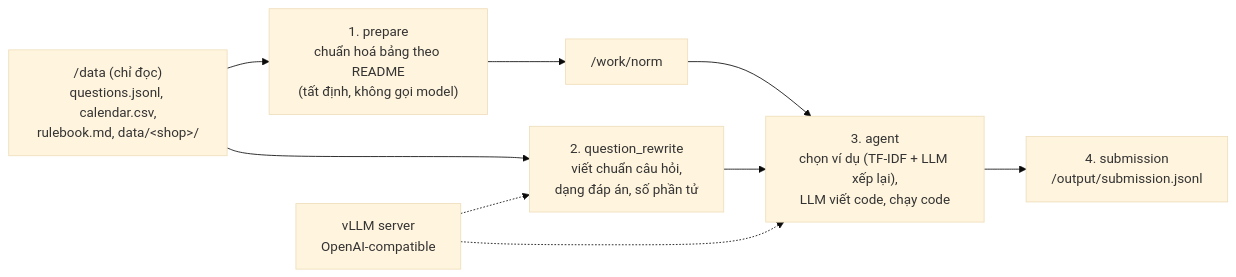
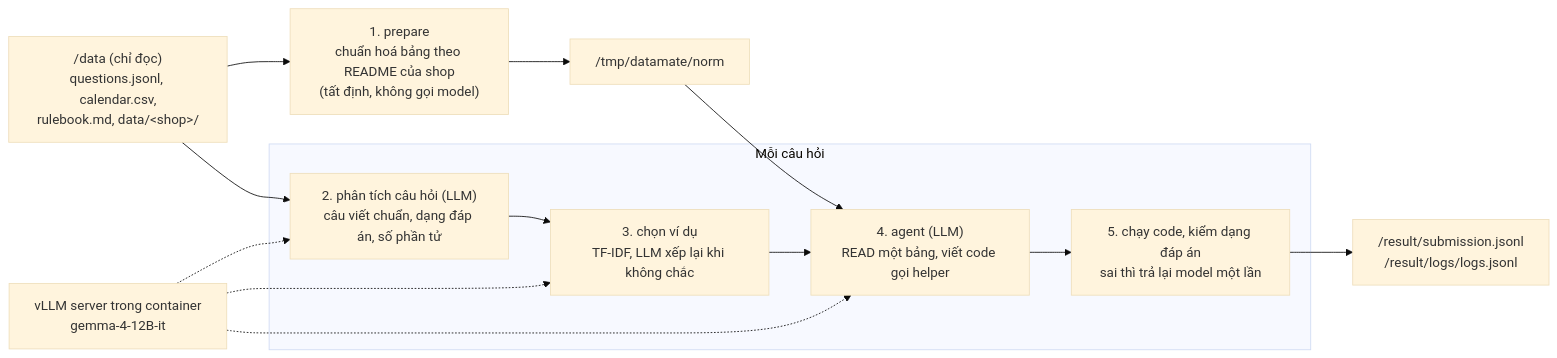
The first of 2 diagrams in README.md (hoaileba/Datalife-zalo), drawn with Mermaid (base theme) before and after one commit. The commit also changed other lines of this file and 121 other files, not shown here.

First line of the commit message:
Đóng gói solution gemma-4 theo Docker guideline, kèm hướng dẫn build và nộp

````diff
--- a/README.md
+++ b/README.md
@@ -6,11 +6,16 @@
 ```mermaid
 flowchart LR
-    D["/data (chỉ đọc)<br/>questions.jsonl, calendar.csv,<br/>rulebook.md, data/&lt;shop&gt;/"] --> P["1. prepare<br/>chuẩn hoá bảng theo README<br/>(tất định, không gọi model)"]
-    P --> N["/work/norm"]
-    D --> Q["2. question_rewrite<br/>viết chuẩn câu hỏi,<br/>dạng đáp án, số phần tử"]
-    N --> A["3. agent<br/>chọn ví dụ (TF-IDF + LLM xếp lại),<br/>LLM viết code, chạy code"]
-    Q --> A
-    A --> S["4. submission<br/>/output/submission.jsonl"]
-    L["vLLM server<br/>OpenAI-compatible"] -.-> Q
+    D["/data (chỉ đọc)<br/>questions.jsonl, calendar.csv,<br/>rulebook.md, data/&lt;shop&gt;/"] --> P["1. prepare<br/>chuẩn hoá bảng theo README của shop<br/>(tất định, không gọi model)"]
+    P --> N["/tmp/datamate/norm"]
+    D --> Q
+    subgraph "Mỗi câu hỏi"
+        Q["2. phân tích câu hỏi (LLM)<br/>câu viết chuẩn, dạng đáp án, số phần tử"] --> E["3. chọn ví dụ<br/>TF-IDF, LLM xếp lại khi không chắc"]
+        E --> A["4. agent (LLM)<br/>READ một bảng, viết code gọi helper"]
+        A --> X["5. chạy code, kiểm dạng đáp án<br/>sai thì trả lại model một lần"]
+    end
+    N --> A
+    X --> S["/result/submission.jsonl<br/>/result/logs/logs.jsonl"]
+    L["vLLM server trong container<br/>gemma-4-12B-it"] -.-> Q
+    L -.-> E
     L -.-> A
 ```
````
